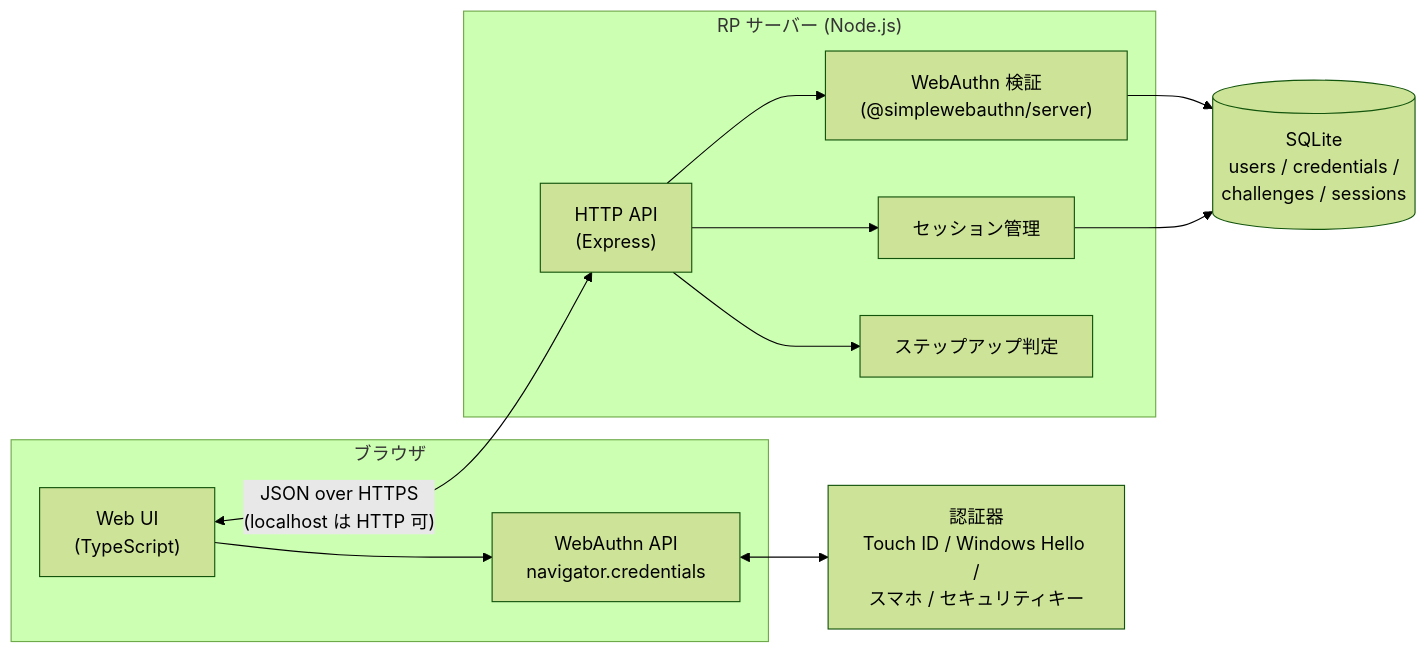
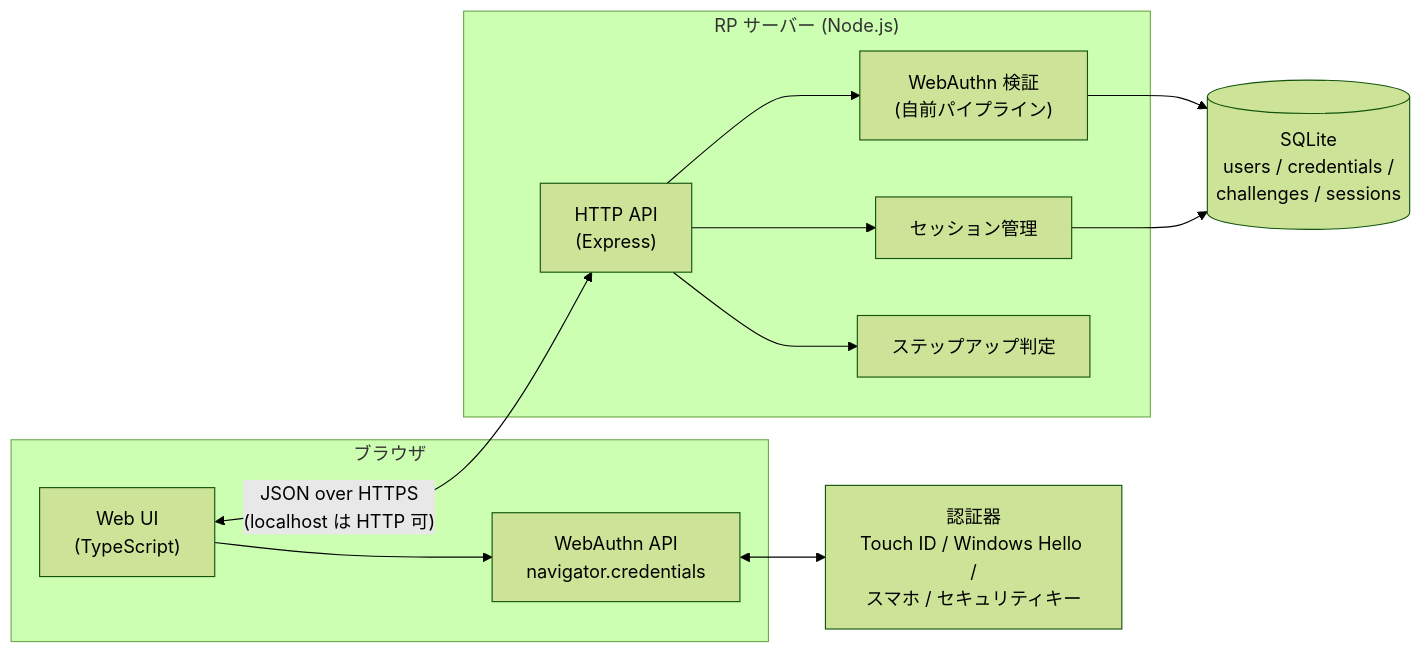
One commit to KazusaNakagawa/try-pass-key changed the first of 6 diagrams in docs/01-architecture-proposal-poc.md. Above: the diagram before and after it, drawn with Mermaid (forest theme). The commit also changed other lines of this file and 3 other files, not shown here.

````diff
--- a/docs/01-architecture-proposal-poc.md
+++ b/docs/01-architecture-proposal-poc.md
@@ -57,24 +57,24 @@
 ```mermaid
 flowchart LR
   subgraph Client["ブラウザ"]
     UI["Web UI<br/>(TypeScript)"]
     WA["WebAuthn API<br/>navigator.credentials"]
   end
   AUTH["認証器<br/>Touch ID / Windows Hello /<br/>スマホ / セキュリティキー"]
   subgraph Server["RP サーバー (Node.js)"]
     API["HTTP API<br/>(Express)"]
-    VER["WebAuthn 検証<br/>(@simplewebauthn/server)"]
+    VER["WebAuthn 検証<br/>(自前パイプライン)"]
     SES["セッション管理"]
     STEP["ステップアップ判定"]
   end
   DB[("SQLite<br/>users / credentials /<br/>challenges / sessions")]
 
   UI --> WA
   WA <--> AUTH
   UI <-->|"JSON over HTTPS<br/>(localhost は HTTP 可)"| API
   API --> VER
   API --> SES
   API --> STEP
   VER --> DB
   SES --> DB
 ```
````
